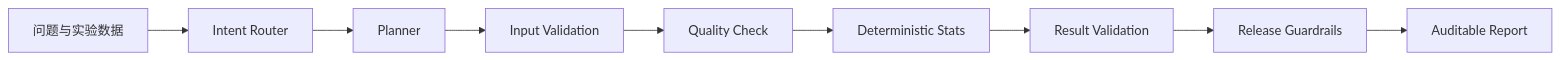
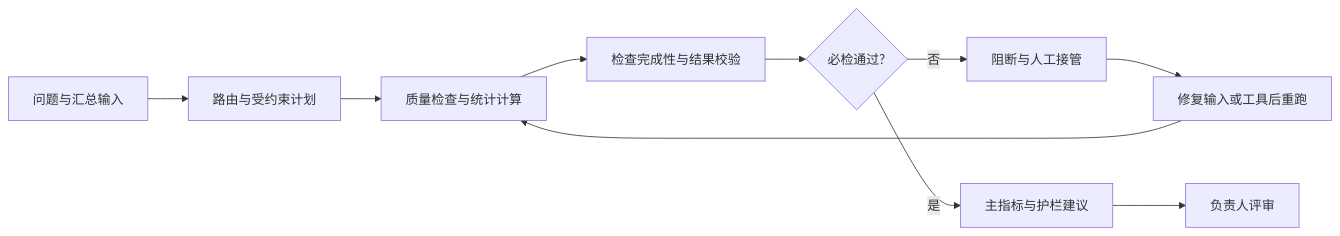
Before and after one commit to IfiniteAurora13/experiment-analysis-agent: the diagram in README.md, drawn with Mermaid. The commit also changed other lines of this file and 27 other files, not shown here.

````diff
--- a/README.md
+++ b/README.md
@@ -50,11 +107,12 @@
 ```mermaid
 flowchart LR
-    A[问题与实验数据] --> B[Intent Router]
-    B --> C[Planner]
-    C --> D[Input Validation]
-    D --> E[Quality Check]
-    E --> F[Deterministic Stats]
-    F --> G[Result Validation]
-    G --> H[Release Guardrails]
-    H --> I[Auditable Report]
+    A[问题与汇总输入] --> B[路由与受约束计划]
+    B --> C[质量检查与统计计算]
+    C --> D[检查完成性与结果校验]
+    D --> E{必检通过?}
+    E -->|否| F[阻断与人工接管]
+    E -->|是| G[主指标与护栏建议]
+    G --> H[负责人评审]
+    F --> I[修复输入或工具后重跑]
+    I --> C
 ```
````
